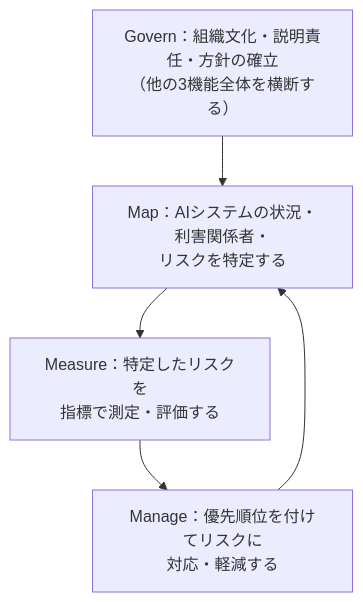
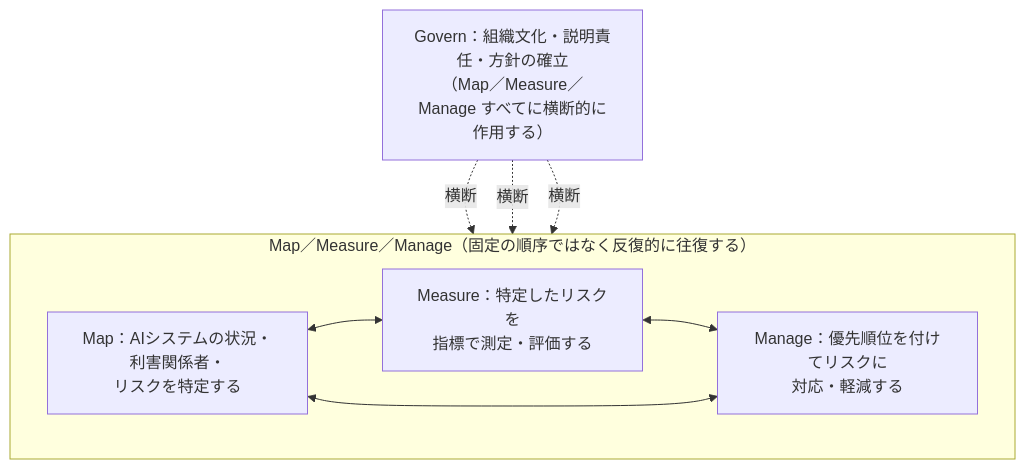
Before and after one commit to myoshi2891/Comparison-of-LLMs: the seventh of 11 diagrams in Ai-native-foundations-study-guide.md, drawn with Mermaid. The commit also changed other lines of this file and 2 other files, not shown here.

````diff
--- a/Ai-native-foundations-study-guide.md
+++ b/Ai-native-foundations-study-guide.md
@@ -301,8 +303,16 @@
 ```mermaid
-flowchart TD
-    G["Govern：組織文化・説明責任・方針の確立<br/>（他の3機能全体を横断する）"]
-    G --> M["Map：AIシステムの状況・利害関係者・<br/>リスクを特定する"]
-    M --> S["Measure：特定したリスクを<br/>指標で測定・評価する"]
-    S --> N["Manage：優先順位を付けてリスクに<br/>対応・軽減する"]
-    N --> M
+flowchart TB
+    G["Govern：組織文化・説明責任・方針の確立<br/>（Map／Measure／Manage すべてに横断的に作用する）"]
+    subgraph CORE["Map／Measure／Manage（固定の順序ではなく反復的に往復する）"]
+        direction LR
+        M["Map：AIシステムの状況・利害関係者・<br/>リスクを特定する"]
+        S["Measure：特定したリスクを<br/>指標で測定・評価する"]
+        N["Manage：優先順位を付けてリスクに<br/>対応・軽減する"]
+        M <--> S
+        S <--> N
+        M <--> N
+    end
+    G -.横断.-> M
+    G -.横断.-> S
+    G -.横断.-> N
 ```
````
